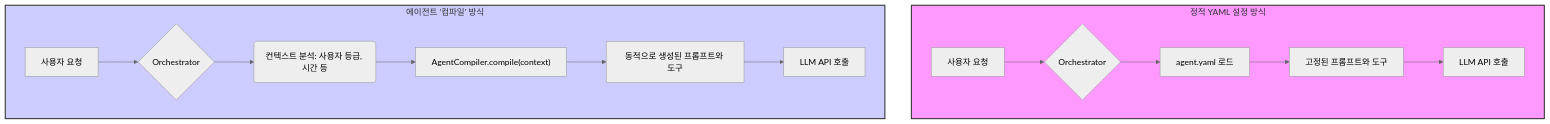
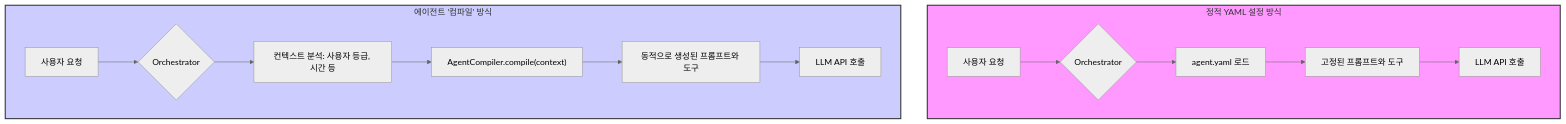
The diagram in content/agents/multi-claude-agent-management-compile-strategy.mdx (Mino777/ai-study), drawn with Mermaid (neutral theme) before and after one commit. The commit also changed 30 other files, not shown here.

First line of the commit message:
fix: Mermaid 렌더링 에러 42건 수정 + mermaid-fix.mjs 규칙 4개 추가

````diff
--- a/content/agents/multi-claude-agent-management-compile-strategy.mdx
+++ b/content/agents/multi-claude-agent-management-compile-strategy.mdx
@@ -80,20 +80,20 @@
 ```mermaid
 graph TD
     subgraph yaml_config ["정적 YAML 설정 방식"]
         A[사용자 요청] --> B{Orchestrator}
         B --> C[agent.yaml 로드]
         C --> D[고정된 프롬프트와 도구]
         D --> E[LLM API 호출]
     end
 
     subgraph agent_compile ["에이전트 '컴파일' 방식"]
         F[사용자 요청] --> G{Orchestrator}
-        G --> H(컨텍스트 분석: 사용자 등급, 시간 등)
+        G --> H["컨텍스트 분석: 사용자 등급, 시간 등"]
         H --> I["AgentCompiler.compile(context)"]
         I --> J[동적으로 생성된 프롬프트와 도구]
         J --> K[LLM API 호출]
     end
 
     style yaml_config fill:#f9f,stroke:#333,stroke-width:2px
     style agent_compile fill:#ccf,stroke:#333,stroke-width:2px
 ```
````
